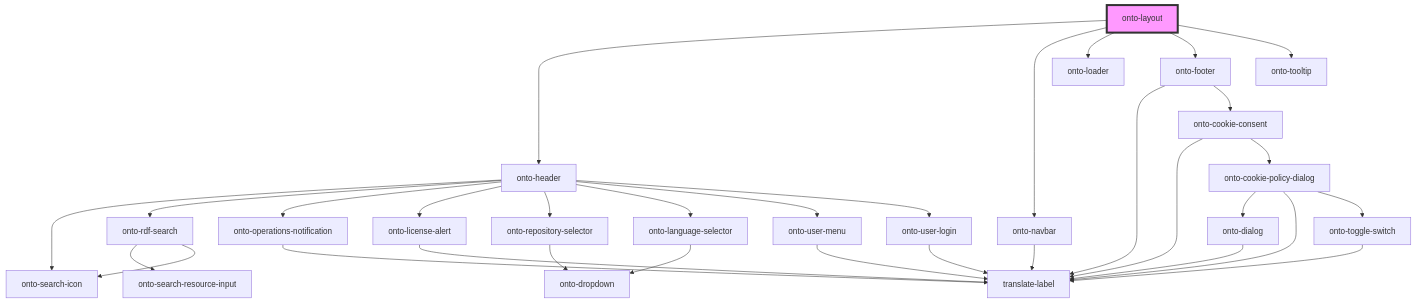
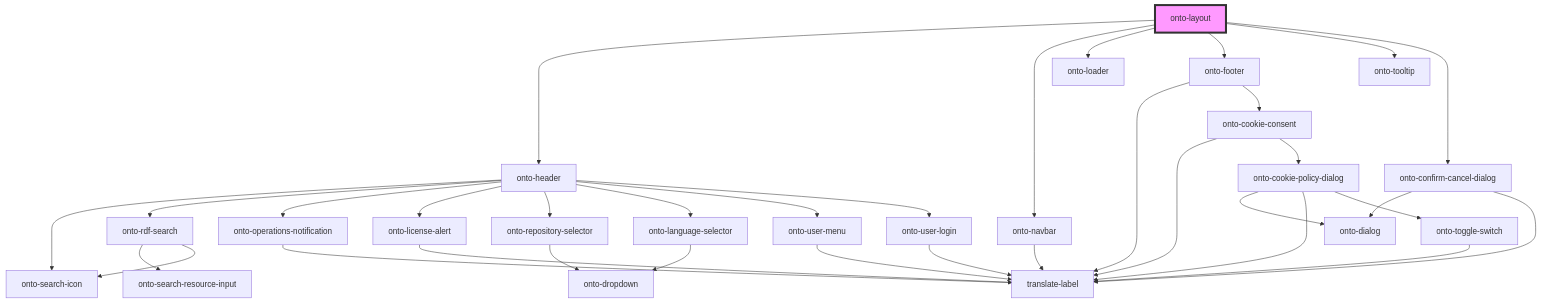
Before and after one commit to Ontotext-AD/graphdb-workbench: the diagram in packages/shared-components/src/components/onto-layout/readme.md, drawn with Mermaid. The commit also changed other lines of this file and 102 other files, not shown here.

````diff
--- a/packages/shared-components/src/components/onto-layout/readme.md
+++ b/packages/shared-components/src/components/onto-layout/readme.md
@@ -19,35 +20,37 @@
 ```mermaid
 graph TD;
   onto-layout --> onto-header
   onto-layout --> onto-navbar
   onto-layout --> onto-loader
   onto-layout --> onto-footer
   onto-layout --> onto-tooltip
+  onto-layout --> onto-confirm-cancel-dialog
   onto-header --> onto-search-icon
   onto-header --> onto-rdf-search
   onto-header --> onto-operations-notification
   onto-header --> onto-license-alert
   onto-header --> onto-repository-selector
   onto-header --> onto-language-selector
   onto-header --> onto-user-menu
   onto-header --> onto-user-login
   onto-rdf-search --> onto-search-resource-input
   onto-rdf-search --> onto-search-icon
   onto-operations-notification --> translate-label
   onto-license-alert --> translate-label
   onto-repository-selector --> onto-dropdown
   onto-language-selector --> onto-dropdown
   onto-user-menu --> translate-label
   onto-user-login --> translate-label
   onto-navbar --> translate-label
   onto-footer --> translate-label
   onto-footer --> onto-cookie-consent
   onto-cookie-consent --> translate-label
   onto-cookie-consent --> onto-cookie-policy-dialog
   onto-cookie-policy-dialog --> onto-dialog
   onto-cookie-policy-dialog --> translate-label
   onto-cookie-policy-dialog --> onto-toggle-switch
-  onto-dialog --> translate-label
   onto-toggle-switch --> translate-label
+  onto-confirm-cancel-dialog --> onto-dialog
+  onto-confirm-cancel-dialog --> translate-label
   style onto-layout fill:#f9f,stroke:#333,stroke-width:4px
 ```
````
